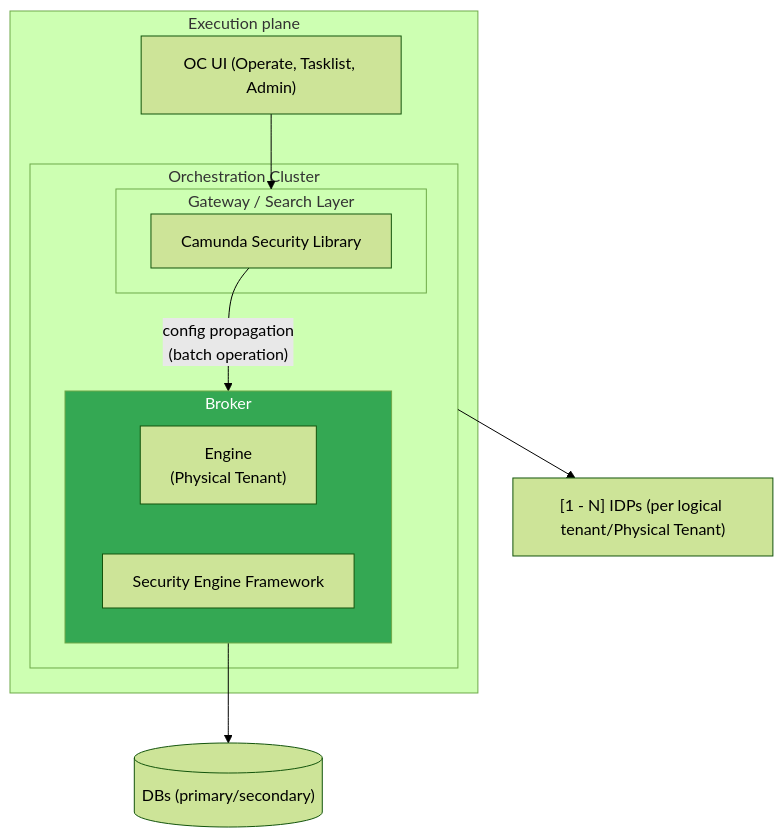
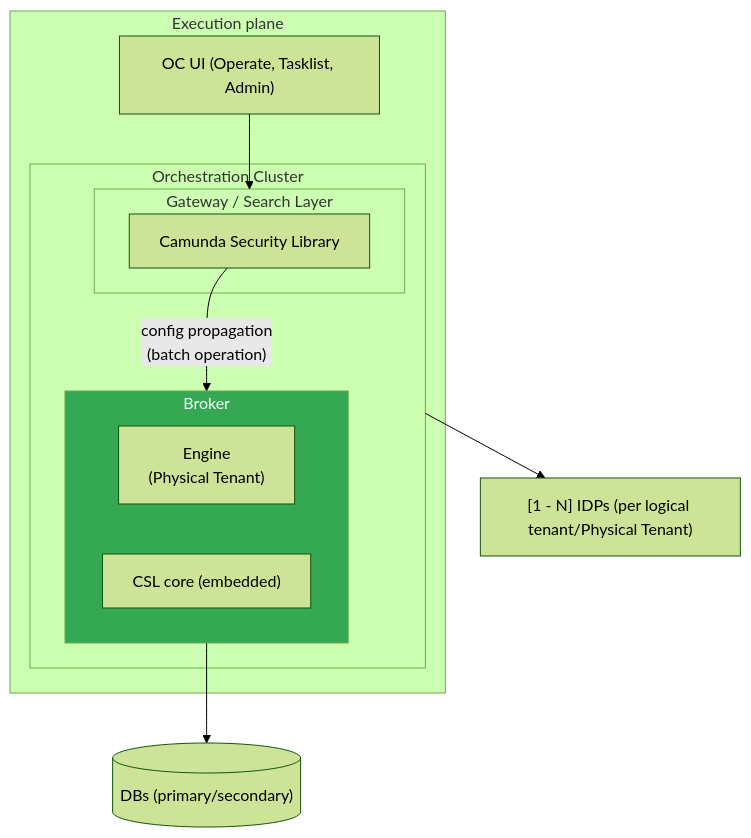
One commit to camunda/camunda-security-library changed the second of 8 diagrams in docs/architecture/05-building-block-view.md. Above: the diagram before and after it, drawn with Mermaid (forest theme). The commit also changed other lines of this file and 7 other files, not shown here.

First line of the commit message:
docs: replace Security Engine Framework with CSL core and mark the unified read path delivered

````diff
--- a/docs/architecture/05-building-block-view.md
+++ b/docs/architecture/05-building-block-view.md
@@ -78,30 +78,30 @@
 ```mermaid
 flowchart TB
 
   subgraph Execution["Execution plane"]
     OcUi["OC UI (Operate, Tasklist, Admin)"]
 
     subgraph OC["Orchestration Cluster"]
       subgraph GatewayLayer["Gateway / Search Layer"]
         OCLib["Camunda Security Library"]
       end
 
       subgraph Broker["Broker"]
         Engine["Engine</br>(Physical Tenant)"]
-        EngLib["Security Engine Framework"]
+        EngLib["CSL core (embedded)"]
       end
 
       OCLib -->|"config propagation</br>(batch operation)"| Broker
     end
   end
 
   OcUi --> GatewayLayer
 
   IdPs["[1 - N] IDPs (per logical tenant/Physical Tenant)"]
   DBs[("DBs (primary/secondary)")]
 
   Broker --> DBs
   OC --> IdPs
 
   style Broker fill:#34a853,color:#fff
 ```
````
